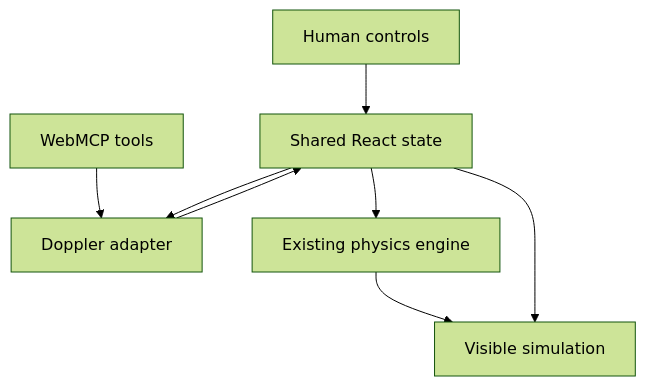
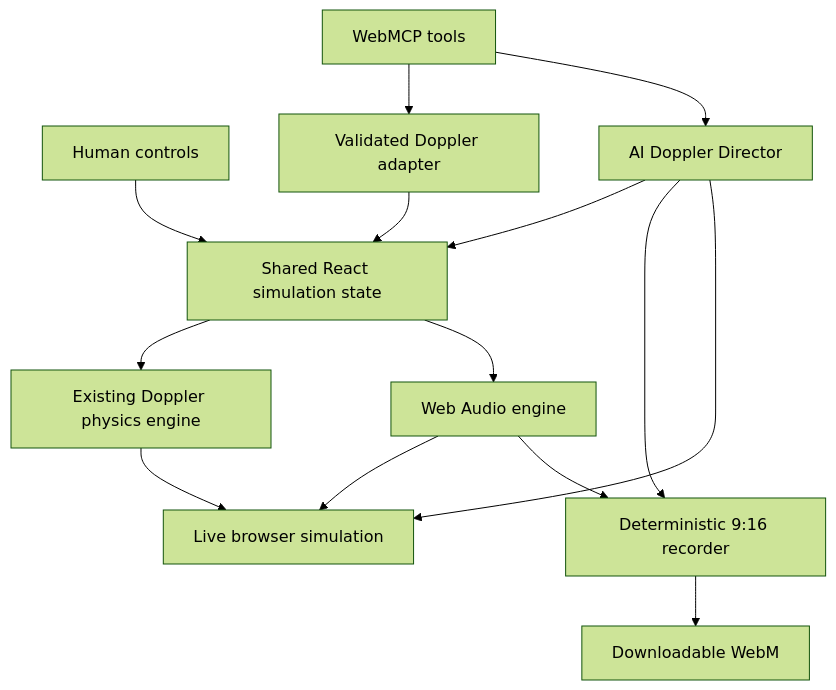
One commit to amin076/science-web-lab changed the diagram in docs/hackathon/webmcp/ARCHITECTURE.md. Above: the diagram before and after it, drawn with Mermaid (forest theme). The commit also changed other lines of this file, not shown here.

Commit message:
Document final WebMCP director architecture

````diff
--- a/docs/hackathon/webmcp/ARCHITECTURE.md
+++ b/docs/hackathon/webmcp/ARCHITECTURE.md
@@ -7,10 +7,16 @@
 ```mermaid
 flowchart TD
-  A[Human controls] --> S[Shared React state]
-  W[WebMCP tools] --> D[Doppler adapter]
+  H[Human controls] --> S[Shared React simulation state]
+  W[WebMCP tools] --> A[Validated Doppler adapter]
+  A --> S
+  S --> P[Existing Doppler physics engine]
+  P --> L[Live browser simulation]
+  W --> D[AI Doppler Director]
   D --> S
-  S --> P[Existing physics engine]
-  P --> V[Visible simulation]
-  S --> V
-  S --> D
+  D --> R[Deterministic 9:16 recorder]
+  S --> AU[Web Audio engine]
+  AU --> L
+  AU --> R
+  D --> L
+  R --> O[Downloadable WebM]
 ```
````
